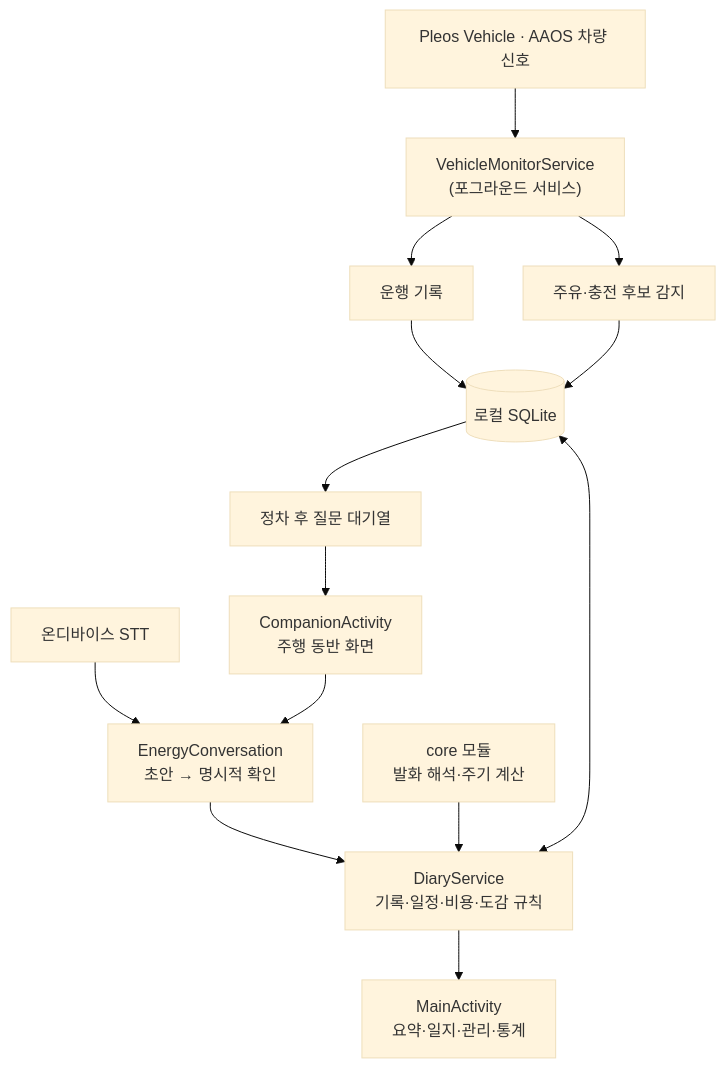
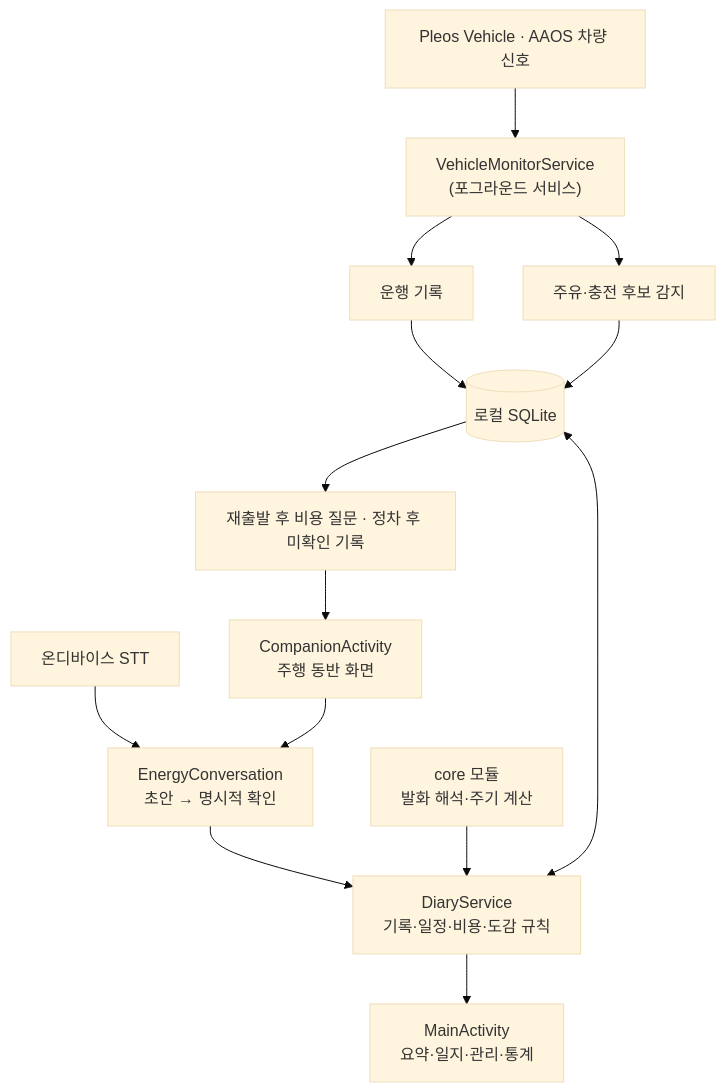
Before and after one commit to loki2001-dev/chagok: the diagram in README.md, drawn with Mermaid (base theme). The commit also changed other lines of this file and 9 other files, not shown here.

````diff
--- a/README.md
+++ b/README.md
@@ -183,16 +183,16 @@
 ```mermaid
 flowchart TD
     SDK["Pleos Vehicle · AAOS 차량 신호"] --> Monitor["VehicleMonitorService<br/>(포그라운드 서비스)"]
     Monitor --> Trip["운행 기록"]
     Monitor --> Detect["주유·충전 후보 감지"]
     Trip --> Store[("로컬 SQLite")]
     Detect --> Store
-    Store --> Queue["정차 후 질문 대기열"]
+    Store --> Queue["재출발 후 비용 질문 · 정차 후 미확인 기록"]
     Queue --> Scene["CompanionActivity<br/>주행 동반 화면"]
     STT["온디바이스 STT"] --> Talk["EnergyConversation<br/>초안 → 명시적 확인"]
     Scene --> Talk
     Talk --> Diary["DiaryService<br/>기록·일정·비용·도감 규칙"]
     Core["core 모듈<br/>발화 해석·주기 계산"] --> Diary
     Diary <--> Store
     Diary --> Pages["MainActivity<br/>요약·일지·관리·통계"]
 ```
````
